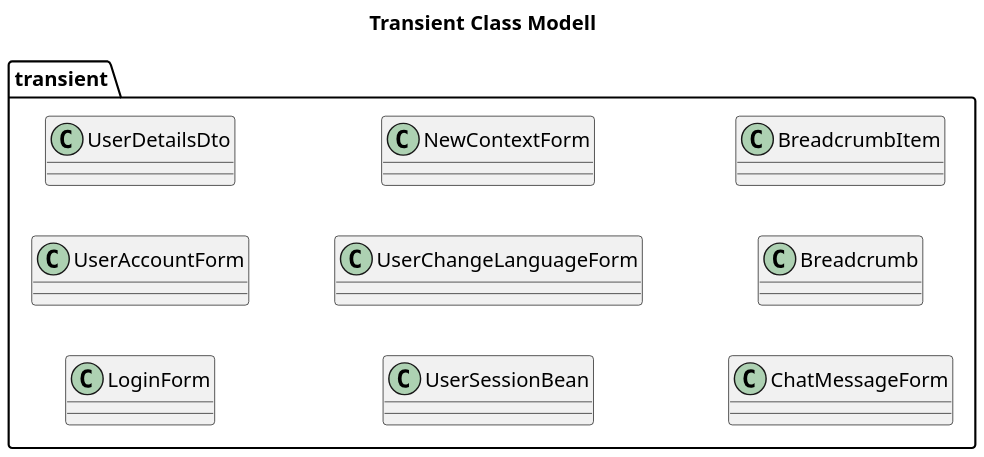
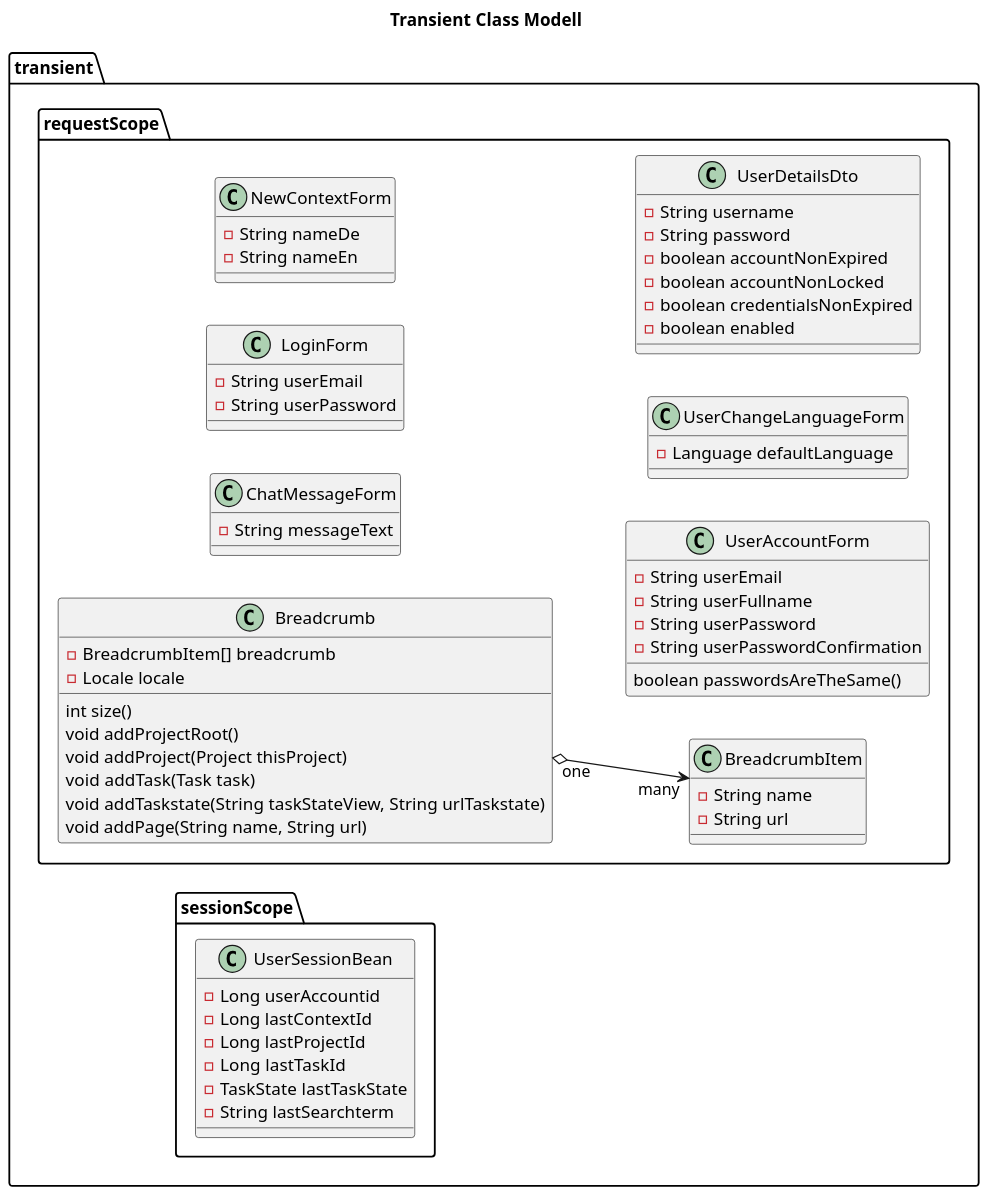
Before and after one commit to Spring-Framework-Java-Apps/simpleworklist: the diagram in src/main/plantuml/Simpleworklist__Domain_Class_Modell_Transient.puml, drawn with PlantUML. The commit also changed 5 other files, not shown here.

```diff
--- a/src/main/plantuml/Simpleworklist__Domain_Class_Modell_Transient.puml
+++ b/src/main/plantuml/Simpleworklist__Domain_Class_Modell_Transient.puml
@@ -1,24 +1,74 @@
 @startuml
-
 
 title Transient Class Modell
 'https://plantuml.com/class-diagram
 
 left to right direction
 'top to bottom direction
 
 scale 1200 width
 
 package transient {
-  class LoginForm {}
-  class UserAccountForm {}
-  class UserDetailsDto {}
-  class UserSessionBean {}
-  class UserChangeLanguageForm {}
-  class NewContextForm {}
-  class ChatMessageForm {}
-  class Breadcrumb {}
-  class BreadcrumbItem {}
+
+  package requestScope {
+
+    class Breadcrumb {
+      - BreadcrumbItem[] breadcrumb
+      - Locale locale
+      int size()
+      void addProjectRoot()
+      void addProject(Project thisProject)
+      void addTask(Task task)
+      void addTaskstate(String taskStateView, String urlTaskstate)
+      void addPage(String name, String url)
+    }
+    class BreadcrumbItem {
+      - String name
+      - String url
+    }
+    class ChatMessageForm {
+      - String messageText
+    }
+    class LoginForm {
+      - String userEmail
+      - String userPassword
+    }
+    class NewContextForm {
+      - String nameDe
+      - String nameEn
+    }
+    class UserAccountForm {
+      - String userEmail
+      - String userFullname
+      - String userPassword
+      - String userPasswordConfirmation
+      boolean passwordsAreTheSame()
+    }
+    class UserChangeLanguageForm {
+    - Language defaultLanguage
+    }
+    class UserDetailsDto {
+      - String username
+      - String password
+      - boolean accountNonExpired
+      - boolean accountNonLocked
+      - boolean credentialsNonExpired
+      - boolean enabled
+    }
+  }
+
+  package sessionScope {
+    class UserSessionBean {
+      - Long userAccountid
+      - Long lastContextId
+      - Long lastProjectId
+      - Long lastTaskId
+      - TaskState lastTaskState
+      - String lastSearchterm
+    }
+
+    Breadcrumb "one" o--> "many"  BreadcrumbItem
+  }
 }
 
 @enduml
```
